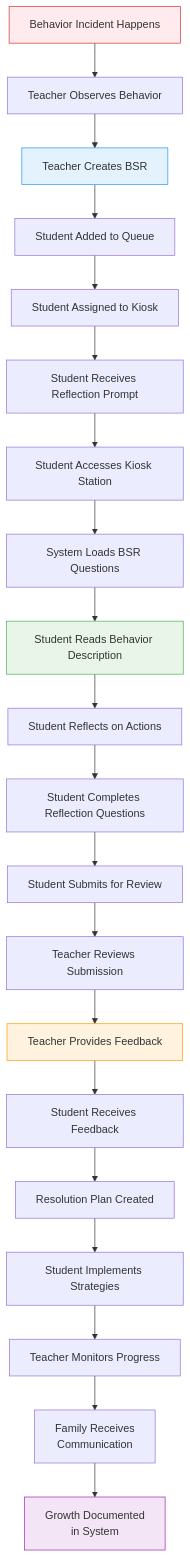
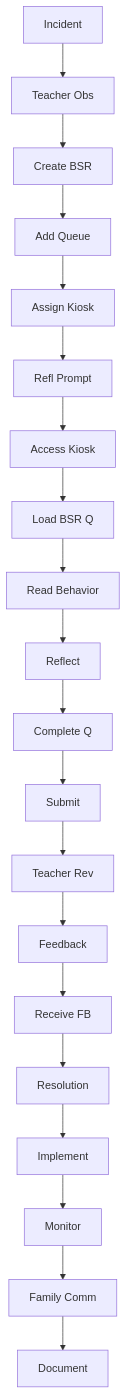
The first of 4 diagrams in docs/flowcharts/User-Journeys/11-complete-student-journey.md (Splurfa/bx-os), drawn with Mermaid before and after one commit. The commit also changed other lines of this file and 6 other files, not shown here.

Commit message:
Fix Mermaid text cutoff with basic syntax

````diff
--- a/docs/flowcharts/User-Journeys/11-complete-student-journey.md
+++ b/docs/flowcharts/User-Journeys/11-complete-student-journey.md
@@ -7,28 +7,22 @@
 ```mermaid
 flowchart TD
-    A["`Behavior Incident Happens`"] --> B["`Teacher Observes Behavior`"]
-    B --> C["`Teacher Creates BSR`"]
-    C --> D["`Student Added to Queue`"]
-    D --> E["`Student Assigned to Kiosk`"]
-    E --> F["`Student Receives Reflection Prompt`"]
-    F --> G["`Student Accesses Kiosk Station`"]
-    G --> H["`System Loads BSR Questions`"]
-    H --> I["`Student Reads Behavior Description`"]
-    I --> J["`Student Reflects on Actions`"]
-    J --> K["`Student Completes Reflection Questions`"]
-    K --> L["`Student Submits for Review`"]
-    L --> M["`Teacher Reviews Submission`"]
-    M --> N["`Teacher Provides Feedback`"]
-    N --> O["`Student Receives Feedback`"]
-    O --> P["`Resolution Plan Created`"]
-    P --> Q["`Student Implements Strategies`"]
-    Q --> R["`Teacher Monitors Progress`"]
-    R --> S[Family Receives<br/>Communication]
-    S --> T[Growth Documented<br/>in System]
-    
-    style A fill:#ffebee,stroke:#d32f2f
-    style C fill:#e3f2fd,stroke:#2196f3
-    style I fill:#e8f5e8,stroke:#4caf50
-    style N fill:#fff3e0,stroke:#ff9800
-    style T fill:#f3e5f5,stroke:#9c27b0
+    A[Incident] --> B[Teacher Obs]
+    B --> C[Create BSR]
+    C --> D[Add Queue]
+    D --> E[Assign Kiosk]
+    E --> F[Refl Prompt]
+    F --> G[Access Kiosk]
+    G --> H[Load BSR Q]
+    H --> I[Read Behavior]
+    I --> J[Reflect]
+    J --> K[Complete Q]
+    K --> L[Submit]
+    L --> M[Teacher Rev]
+    M --> N[Feedback]
+    N --> O[Receive FB]
+    O --> P[Resolution]
+    P --> Q[Implement]
+    Q --> R[Monitor]
+    R --> S[Family Comm]
+    S --> T[Document]
 ```
````
